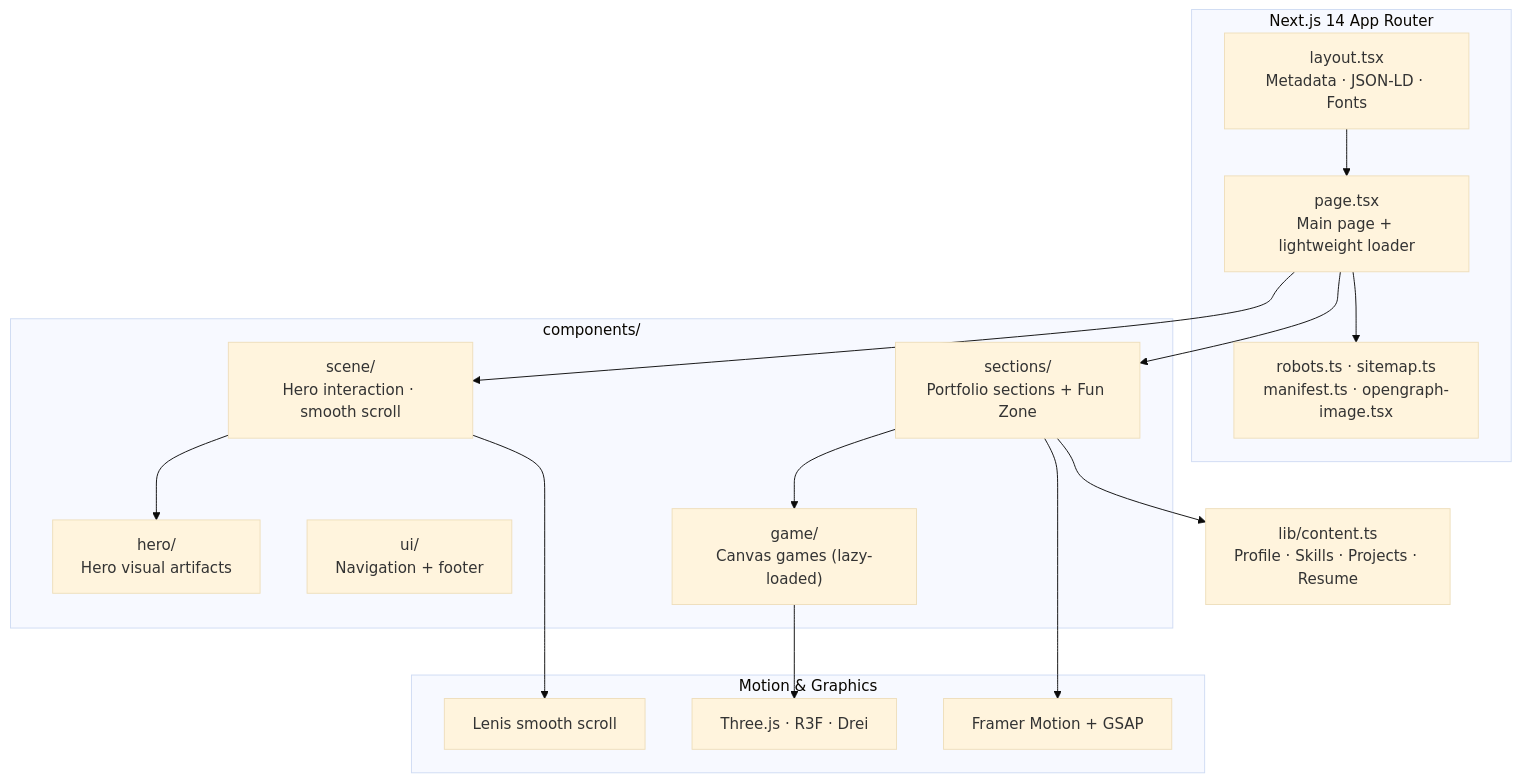
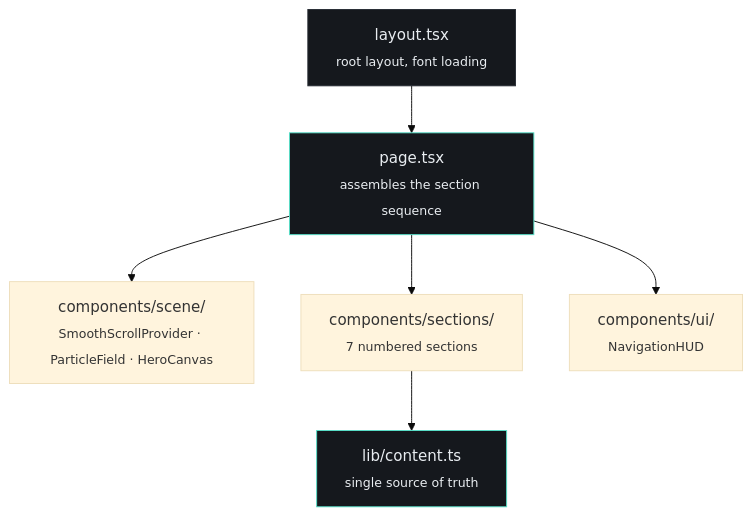
One commit to bharat-poojari/shadow-portfolio changed the second of 3 diagrams in README.md. Above: the diagram before and after it, drawn with Mermaid (base theme). The commit also changed other lines of this file and 1 other file, not shown here.

````diff
--- a/README.md
+++ b/README.md
@@ -73,35 +114,12 @@
 ```mermaid
-flowchart TD
-    subgraph APP["Next.js 14 App Router"]
-        L["layout.tsx<br/>Metadata · JSON-LD · Fonts"]
-        P["page.tsx<br/>Main page + lightweight loader"]
-        SEO["robots.ts · sitemap.ts<br/>manifest.ts · opengraph-image.tsx"]
-    end
+flowchart TB
+    L["layout.tsx<br/><sub>root layout, font loading</sub>"] --> P["page.tsx<br/><sub>assembles the section sequence</sub>"]
+    P --> SCENE["components/scene/<br/><sub>SmoothScrollProvider · ParticleField · HeroCanvas</sub>"]
+    P --> SECTIONS["components/sections/<br/><sub>7 numbered sections</sub>"]
+    P --> UI["components/ui/<br/><sub>NavigationHUD</sub>"]
+    SECTIONS --> CONTENT["lib/content.ts<br/><sub>single source of truth</sub>"]
 
-    subgraph COMPONENTS["components/"]
-        SCENE["scene/<br/>Hero interaction · smooth scroll"]
-        HERO["hero/<br/>Hero visual artifacts"]
-        SECTIONS["sections/<br/>Portfolio sections + Fun Zone"]
-        UI["ui/<br/>Navigation + footer"]
-        GAME["game/<br/>Canvas games (lazy-loaded)"]
-    end
-
-    subgraph INFRA["Motion & Graphics"]
-        FM["Framer Motion + GSAP"]
-        LENIS["Lenis smooth scroll"]
-        R3F["Three.js · R3F · Drei"]
-    end
-
-    CONTENT["lib/content.ts<br/>Profile · Skills · Projects · Resume"]
-
-    L --> P
-    P --> SCENE
-    P --> SECTIONS
-    SCENE --> HERO
-    SCENE --> LENIS
-    SECTIONS --> GAME
-    SECTIONS --> FM
-    GAME --> R3F
-    SECTIONS --> CONTENT
-    P --> SEO
+    style L fill:#15181D,stroke:#262B33,color:#E9EDF1
+    style P fill:#15181D,stroke:#56E1C9,color:#E9EDF1
+    style CONTENT fill:#15181D,stroke:#56E1C9,color:#E9EDF1
 ```
````
